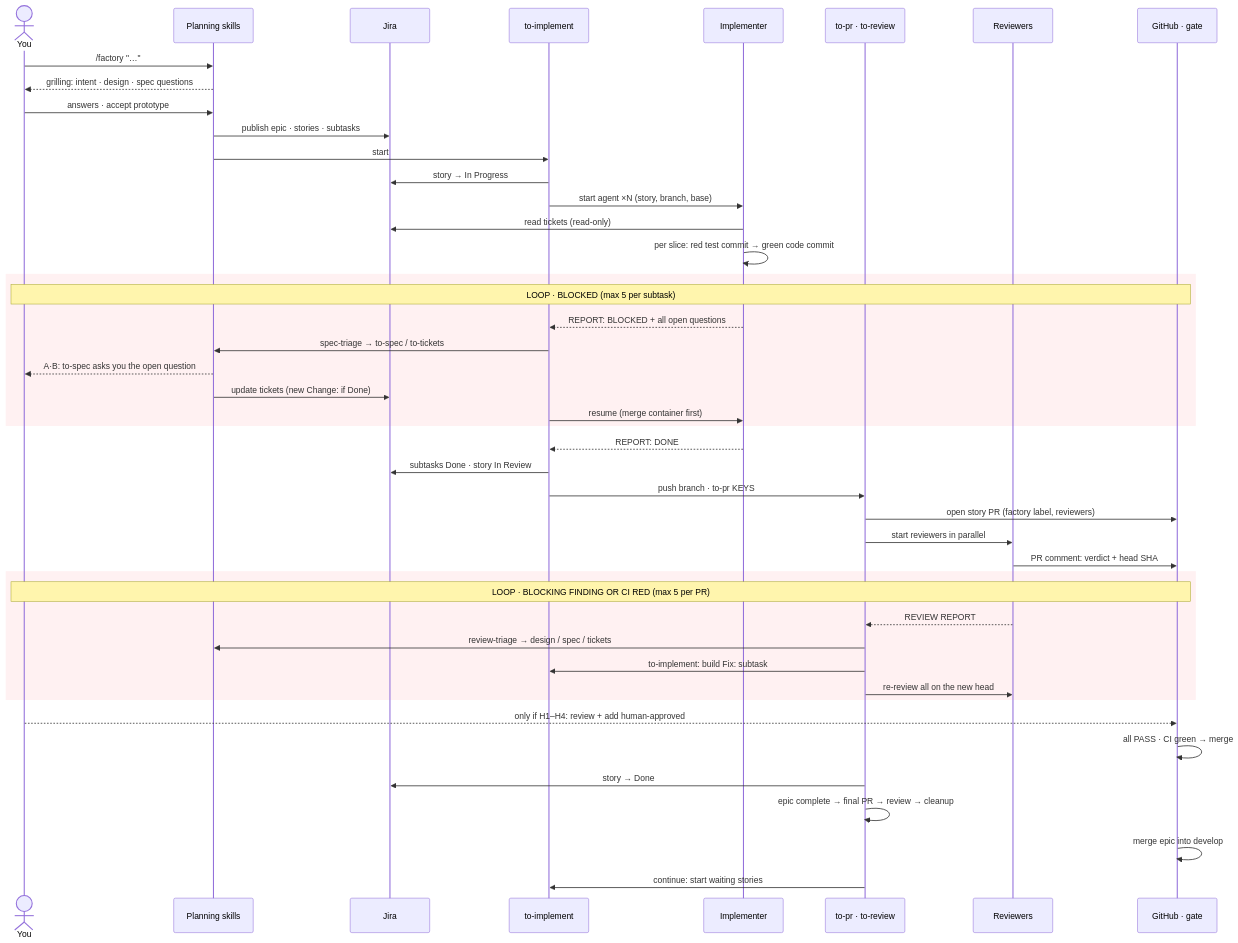
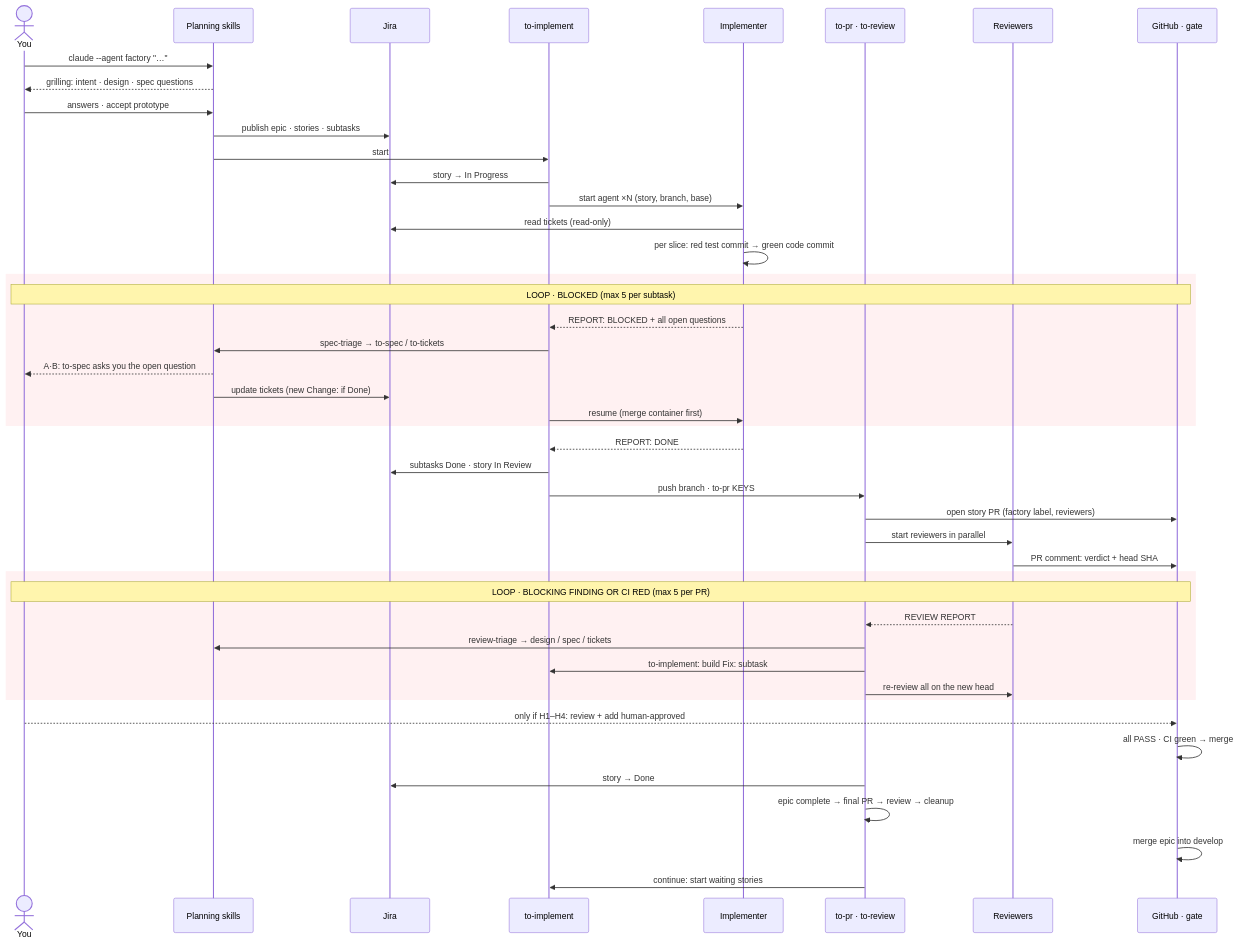
Before and after one commit to ntamasa/Tessera: the second of 3 diagrams in README.md, drawn with Mermaid. The commit also changed other lines of this file and 12 other files, not shown here.

Commit message:
Replace factory skill with factory main-session agent

````diff
--- a/README.md
+++ b/README.md
@@ -142,48 +142,48 @@
 ```mermaid
 sequenceDiagram
   actor You
   participant P as Planning skills
   participant J as Jira
   participant TI as to-implement
   participant I as Implementer
   participant R as to-pr · to-review
   participant RV as Reviewers
   participant G as GitHub · gate
 
-  You->>P: /factory "…"
+  You->>P: claude --agent factory "…"
   P-->>You: grilling: intent · design · spec questions
   You->>P: answers · accept prototype
   P->>J: publish epic · stories · subtasks
   P->>TI: start
   TI->>J: story → In Progress
   TI->>I: start agent ×N (story, branch, base)
   I->>J: read tickets (read-only)
   I->>I: per slice: red test commit → green code commit
   rect rgb(255, 241, 242)
     Note over You,G: LOOP · BLOCKED (max 5 per subtask)
     I-->>TI: REPORT: BLOCKED + all open questions
     TI->>P: spec-triage → to-spec / to-tickets
     P-->>You: A·B: to-spec asks you the open question
     P->>J: update tickets (new Change: if Done)
     TI->>I: resume (merge container first)
   end
   I-->>TI: REPORT: DONE
   TI->>J: subtasks Done · story In Review
   TI->>R: push branch · to-pr KEYS
   R->>G: open story PR (factory label, reviewers)
   R->>RV: start reviewers in parallel
   RV->>G: PR comment: verdict + head SHA
   rect rgb(255, 241, 242)
     Note over You,G: LOOP · BLOCKING FINDING OR CI RED (max 5 per PR)
     RV-->>R: REVIEW REPORT
     R->>P: review-triage → design / spec / tickets
     R->>TI: to-implement: build Fix: subtask
     R->>RV: re-review all on the new head
   end
   You-->>G: only if H1–H4: review + add human-approved
   G->>G: all PASS · CI green → merge
   R->>J: story → Done
   R->>R: epic complete → final PR → review → cleanup
   G->>G: merge epic into develop
   R->>TI: continue: start waiting stories
 ```
````
